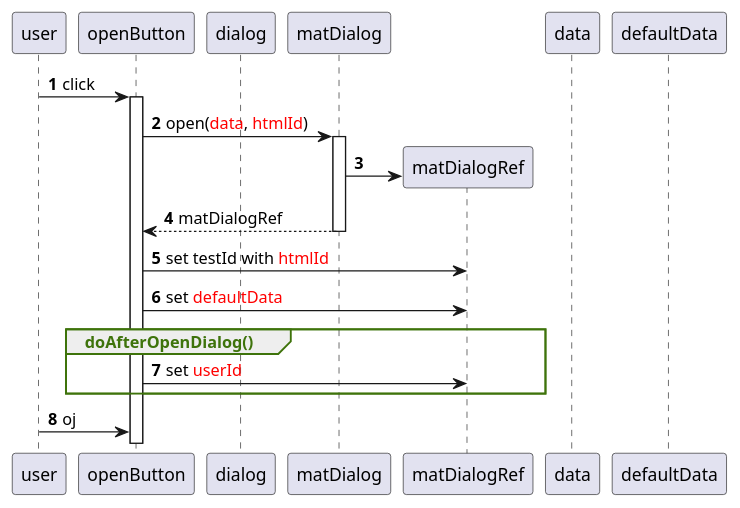
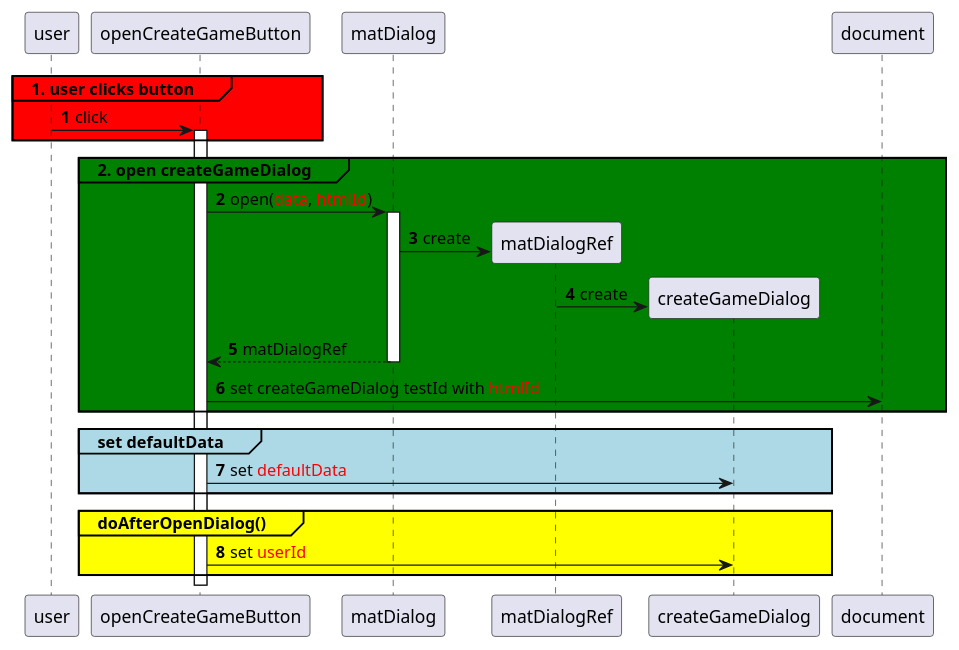
The diagram in java/docs/docs/dialog/create-game-open-dialog.puml (mbimbij/trivia), drawn with PlantUML before and after one commit.

Commit message:
Improve on puml diagram

```diff
--- a/java/docs/docs/dialog/create-game-open-dialog.puml
+++ b/java/docs/docs/dialog/create-game-open-dialog.puml
@@ -1,30 +1,36 @@
 @startuml
 'https://plantuml.com/sequence-diagram
 
 autonumber
 
-skinparam Sequence {
- GroupBorderColor #3E730B
- GroupHeaderFontColor #3E730B
-}
+'skinparam Sequence {
+' GroupBorderColor #3E730B
+' GroupHeaderFontColor #3E730B
+'}
 
 participant user
-participant openButton
-participant dialog
+participant openCreateGameButton
 participant matDialog
 participant matDialogRef
-participant data
-participant defaultData
+participant createGameDialog
 
-user -> openButton ++: click
-openButton -> matDialog ++: open(<font color=red>data</font>, <font color=red>htmlId</font>)
-matDialog -> matDialogRef **:
+group#red #red 1. user clicks button
+user -> openCreateGameButton ++: click
+end
+
+group#green #green 2. open createGameDialog
+openCreateGameButton -> matDialog ++: open(<font color=red>data</font>, <font color=red>htmlId</font>)
+matDialog -> matDialogRef **: create
+matDialogRef -> createGameDialog **: create
 return matDialogRef
-openButton -> matDialogRef: set testId with <font color=red>htmlId</font>
-openButton -> matDialogRef: set <font color=red>defaultData</font>
-group doAfterOpenDialog()
-openButton -> matDialogRef: set <font color=red>userId</font>
+openCreateGameButton -> document: set createGameDialog testId with <font color=red>htmlId</font>
 end
-user -> openButton: oj
+
+group#lightBlue #lightBlue set defaultData
+openCreateGameButton -> createGameDialog: set <font color=red>defaultData</font>
+end
+group#yellow #yellow doAfterOpenDialog()
+openCreateGameButton -> createGameDialog: set <font color=red>userId</font>
+end
 
 @enduml
```
